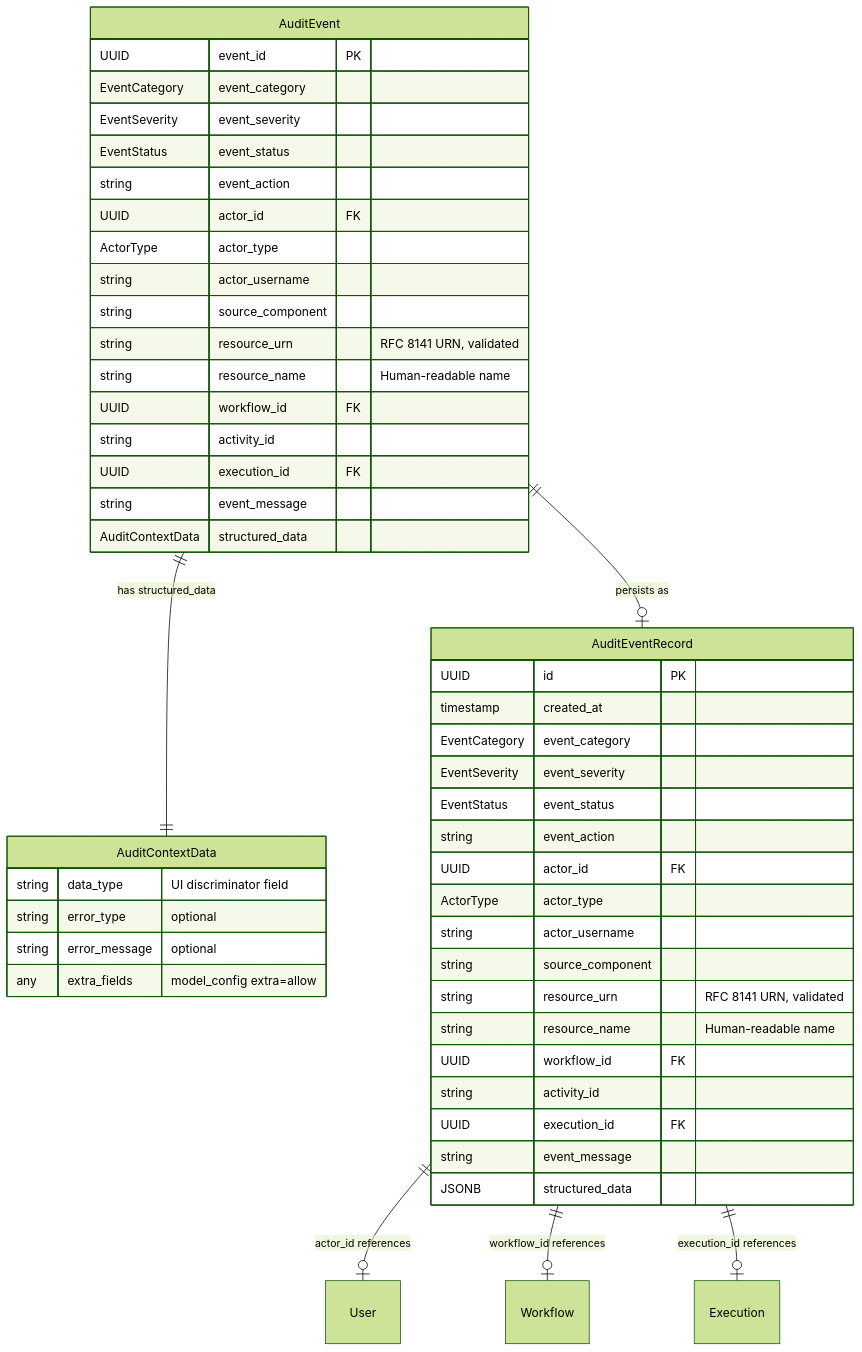
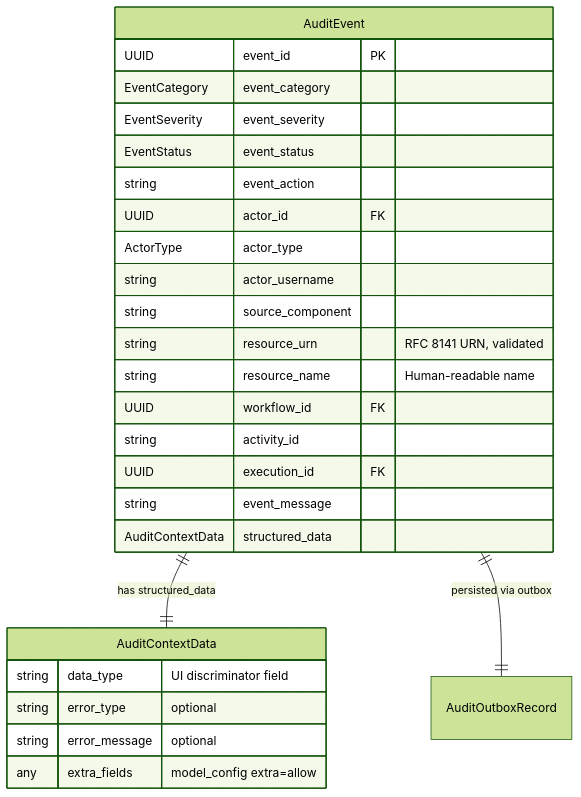
One commit to alinabuzachis/syntara changed the second of 8 diagrams in backend/docs/audit.md. Above: the diagram before and after it, drawn with Mermaid (forest theme). The commit also changed other lines of this file and 685 other files, not shown here.

````diff
--- a/backend/docs/audit.md
+++ b/backend/docs/audit.md
@@ -118,55 +115,31 @@
 ```mermaid
 erDiagram
     AuditEvent ||--|| AuditContextData : "has structured_data"
-    AuditEvent ||--o| AuditEventRecord : "persists as"
-
-    AuditEventRecord ||--o| User : "actor_id references"
-    AuditEventRecord ||--o| Workflow : "workflow_id references"
-    AuditEventRecord ||--o| Execution : "execution_id references"
+    AuditEvent ||--|| AuditOutboxRecord : "persisted via outbox"
 
     AuditEvent {
         UUID event_id PK
         EventCategory event_category
         EventSeverity event_severity
         EventStatus event_status
         string event_action
         UUID actor_id FK
         ActorType actor_type
         string actor_username
         string source_component
         string resource_urn "RFC 8141 URN, validated"
         string resource_name "Human-readable name"
         UUID workflow_id FK
         string activity_id
         UUID execution_id FK
         string event_message
         AuditContextData structured_data
     }
 
-    AuditEventRecord {
-        UUID id PK
-        timestamp created_at
-        EventCategory event_category
-        EventSeverity event_severity
-        EventStatus event_status
-        string event_action
-        UUID actor_id FK
-        ActorType actor_type
-        string actor_username
-        string source_component
-        string resource_urn "RFC 8141 URN, validated"
-        string resource_name "Human-readable name"
-        UUID workflow_id FK
-        string activity_id
-        UUID execution_id FK
-        string event_message
-        JSONB structured_data
-    }
-
     AuditContextData {
         string data_type "UI discriminator field"
         string error_type "optional"
         string error_message "optional"
         any extra_fields "model_config extra=allow"
     }
 ```
````
